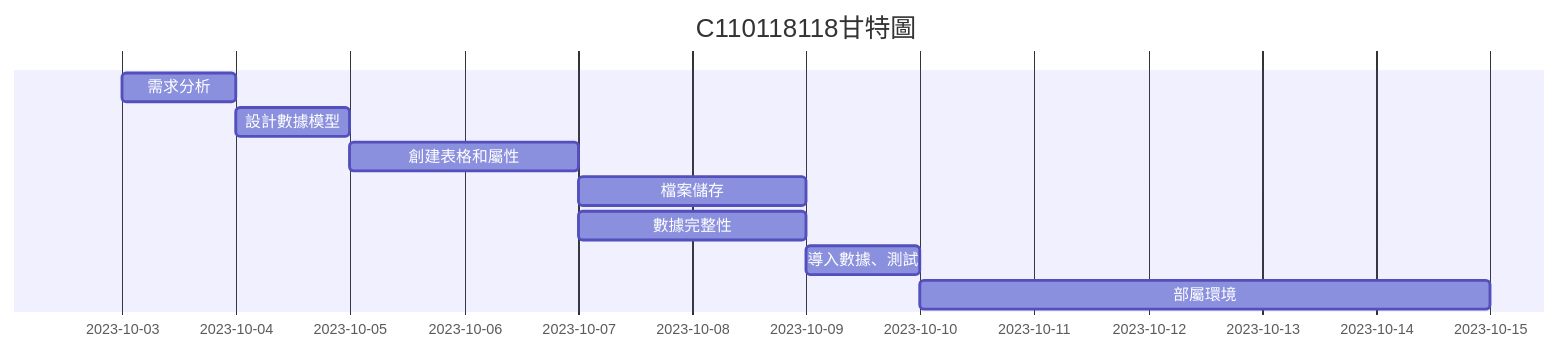
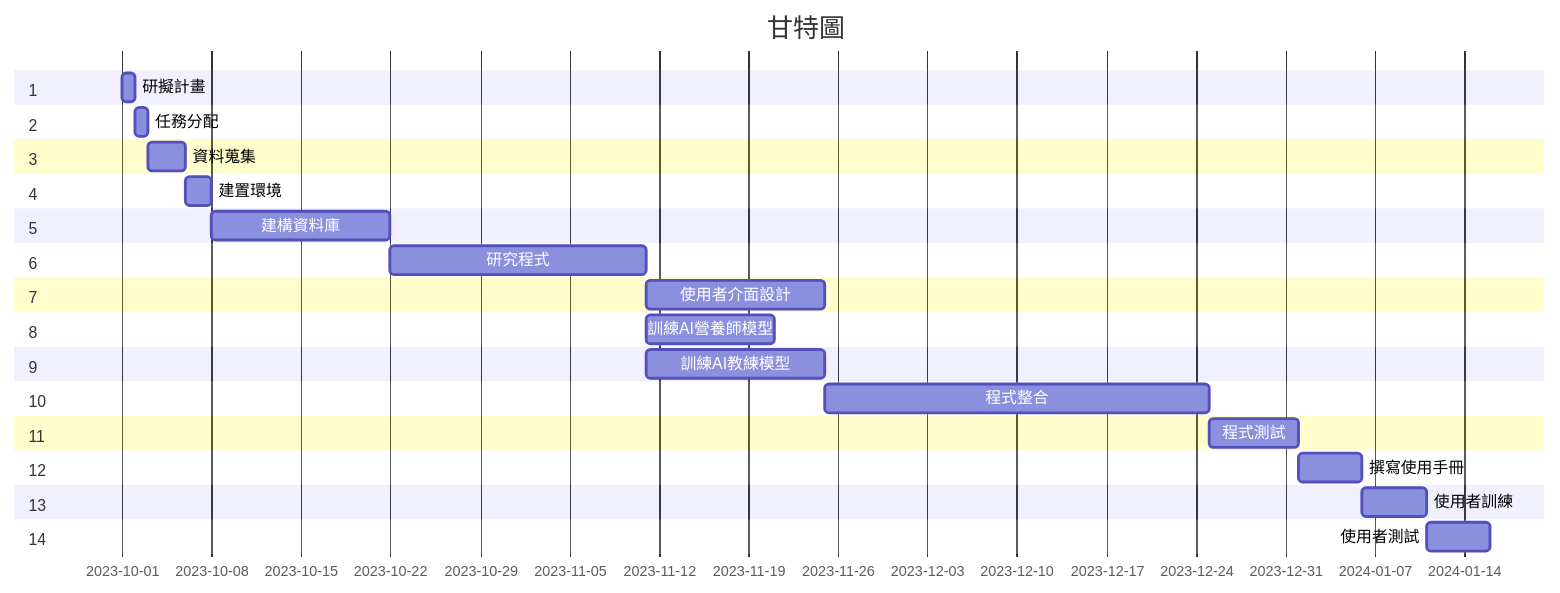
Before and after one commit to Yycheng092/team8: the diagram in work1.md, drawn with Mermaid. The commit also changed other lines of this file, not shown here.

````diff
--- a/work1.md
+++ b/work1.md
@@ -3,14 +2,34 @@
 ```mermaid
 gantt
-    title C110118118甘特圖
+    title 甘特圖
 
-    
-    需求分析     : a1 , 2023-10-03 , 1d
-    設計數據模型     : a2 , after a1 , 1d
-    創建表格和屬性     : a3 , after a2 , 2d
-    檔案儲存     : a4 , after a3 , 2d
-    數據完整性     : a5 , after a3 , 2d
-    導入數據、測試     : a6 , after a4 a5 , 1d
-    部屬環境     : a7 , after a6 , 5d
-    
+    section 1
+    研擬計畫           :a1, 2023-10-01, 1d
+    section 2
+    任務分配      :a2, after a1  , 1d
+    section 3
+    資料蒐集      :a3, after a2  , 3d
+    section 4
+    建置環境      :a4, after a3  , 2d
+    section 5
+    建構資料庫      :a5, after a4  , 14d
+    section 6
+    研究程式      :a6, after a5  , 20d
+    section 7
+    使用者介面設計      :a7, after a6  , 14d
+    section 8
+    訓練AI營養師模型      :a8, after a5 and a6  , 10d
+    section 9
+    訓練AI教練模型      :a9, after a5 and a6  , 14d
+    section 10
+    程式整合      :a10, after a7 and a8 and a9  , 30d
+    section 11
+    程式測試      :a11, after a10  , 7d
+    section 12
+    撰寫使用手冊      :a12, after a11  , 5d
+    section 13
+    使用者訓練      : a13 ,after a12 ,5d
+    section 14
+    使用者測試      : a14 ,after a13 ,5d
+
 ```
````
